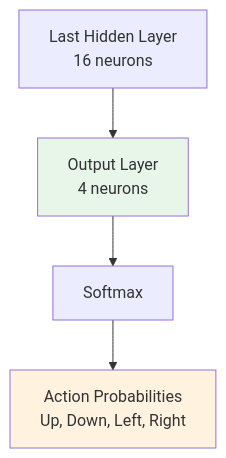
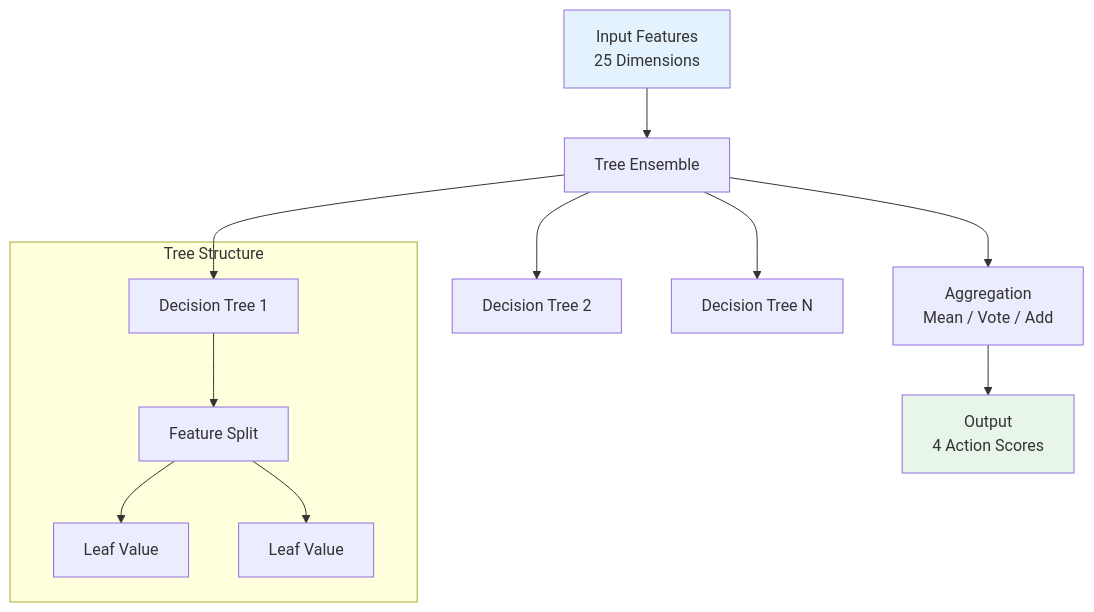
One commit to Evintkoo/2048-ml changed the second of 6 diagrams in plan/05-Model/02-Training/03-model-architecture.md. Above: the diagram before and after it, drawn with Mermaid. The commit also changed other lines of this file and 14 other files, not shown here.

````diff
--- a/plan/05-Model/02-Training/03-model-architecture.md
+++ b/plan/05-Model/02-Training/03-model-architecture.md
@@ -55,9 +35,19 @@
 ```mermaid
 flowchart TD
-    Hidden3[Last Hidden Layer<br/>16 neurons] --> Output[Output Layer<br/>4 neurons]
-    Output --> Softmax[Softmax]
-    Softmax --> Action[Action Probabilities<br/>Up, Down, Left, Right]
+    Input[Input Features<br/>25 Dimensions] --> TreeEnsemble[Tree Ensemble]
+    TreeEnsemble --> Tree1[Decision Tree 1]
+    TreeEnsemble --> Tree2[Decision Tree 2]
+    TreeEnsemble --> TreeN[Decision Tree N]
     
+    subgraph "Tree Structure"
+        Tree1 --> Split1[Feature Split]
+        Split1 --> Leaf1[Leaf Value]
+        Split1 --> Leaf2[Leaf Value]
+    end
+    
+    TreeEnsemble --> Aggregation[Aggregation<br/>Mean / Vote / Add]
+    Aggregation --> Output[Output<br/>4 Action Scores]
+    
+    style Input fill:#e3f2fd
     style Output fill:#e8f5e9
-    style Action fill:#fff3e0
 ```
````
